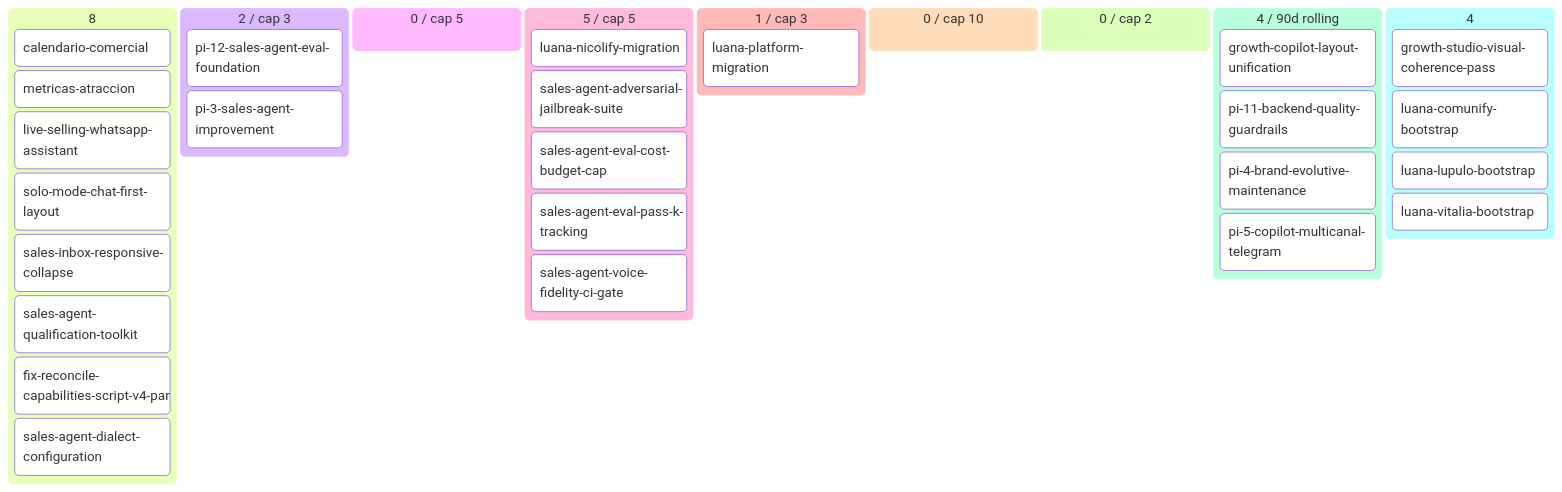
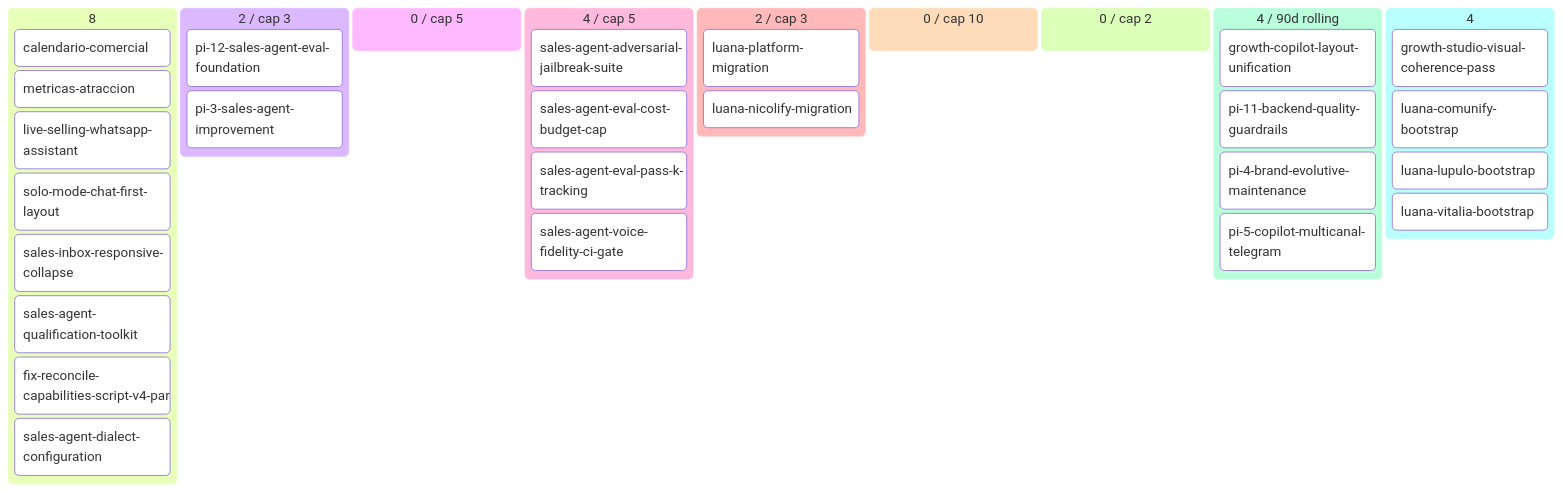
One commit to alpacapurpura/ap_sales_agent changed the diagram in docs/product/BACKLOG.md. Above: the diagram before and after it, drawn with Mermaid. The commit also changed other lines of this file and 4 other files, not shown here.

````diff
--- a/docs/product/BACKLOG.md
+++ b/docs/product/BACKLOG.md
@@ -62,36 +62,36 @@
 ```mermaid
 kanban
   💡 Ideas (8)
     calendario-comercial[calendario-comercial]
     metricas-atraccion[metricas-atraccion]
     live-selling-whatsapp-assistan[live-selling-whatsapp-assistant]
     solo-mode-chat-first-layout[solo-mode-chat-first-layout]
     sales-inbox-responsive-collaps[sales-inbox-responsive-collapse]
     sales-agent-qualification-tool[sales-agent-qualification-toolkit]
     fix-reconcile-capabilities-scr[fix-reconcile-capabilities-script-v4-par]
     sales-agent-dialect-configurat[sales-agent-dialect-configuration]
   🔬 Refining (2 / cap 3)
     pi-12-sales-agent-eval-foundat[pi-12-sales-agent-eval-foundation]
     pi-3-sales-agent-improvement[pi-3-sales-agent-improvement]
   ✅ Refined (0 / cap 5)
-  📦 Ready (5 / cap 5)
-    luana-nicolify-migration[luana-nicolify-migration]
+  📦 Ready (4 / cap 5)
     sales-agent-adversarial-jailbr[sales-agent-adversarial-jailbreak-suite]
     sales-agent-eval-cost-budget-c[sales-agent-eval-cost-budget-cap]
     sales-agent-eval-pass-k-tracki[sales-agent-eval-pass-k-tracking]
     sales-agent-voice-fidelity-ci-[sales-agent-voice-fidelity-ci-gate]
-  🔨 Developing (1 / cap 3)
+  🔨 Developing (2 / cap 3)
     luana-platform-migration[luana-platform-migration]
+    luana-nicolify-migration[luana-nicolify-migration]
   🧪 Developed (0 / cap 10)
   🔍 Reviewing (0 / cap 2)
   ✅ Done (4 / 90d rolling)
     growth-copilot-layout-unificat[growth-copilot-layout-unification]
     pi-11-backend-quality-guardrai[pi-11-backend-quality-guardrails]
     pi-4-brand-evolutive-maintenan[pi-4-brand-evolutive-maintenance]
     pi-5-copilot-multicanal-telegr[pi-5-copilot-multicanal-telegram]
   🅿 Parked (4)
     growth-studio-visual-coherence[growth-studio-visual-coherence-pass]
     luana-comunify-bootstrap[luana-comunify-bootstrap]
     luana-lupulo-bootstrap[luana-lupulo-bootstrap]
     luana-vitalia-bootstrap[luana-vitalia-bootstrap]
 ```
````
